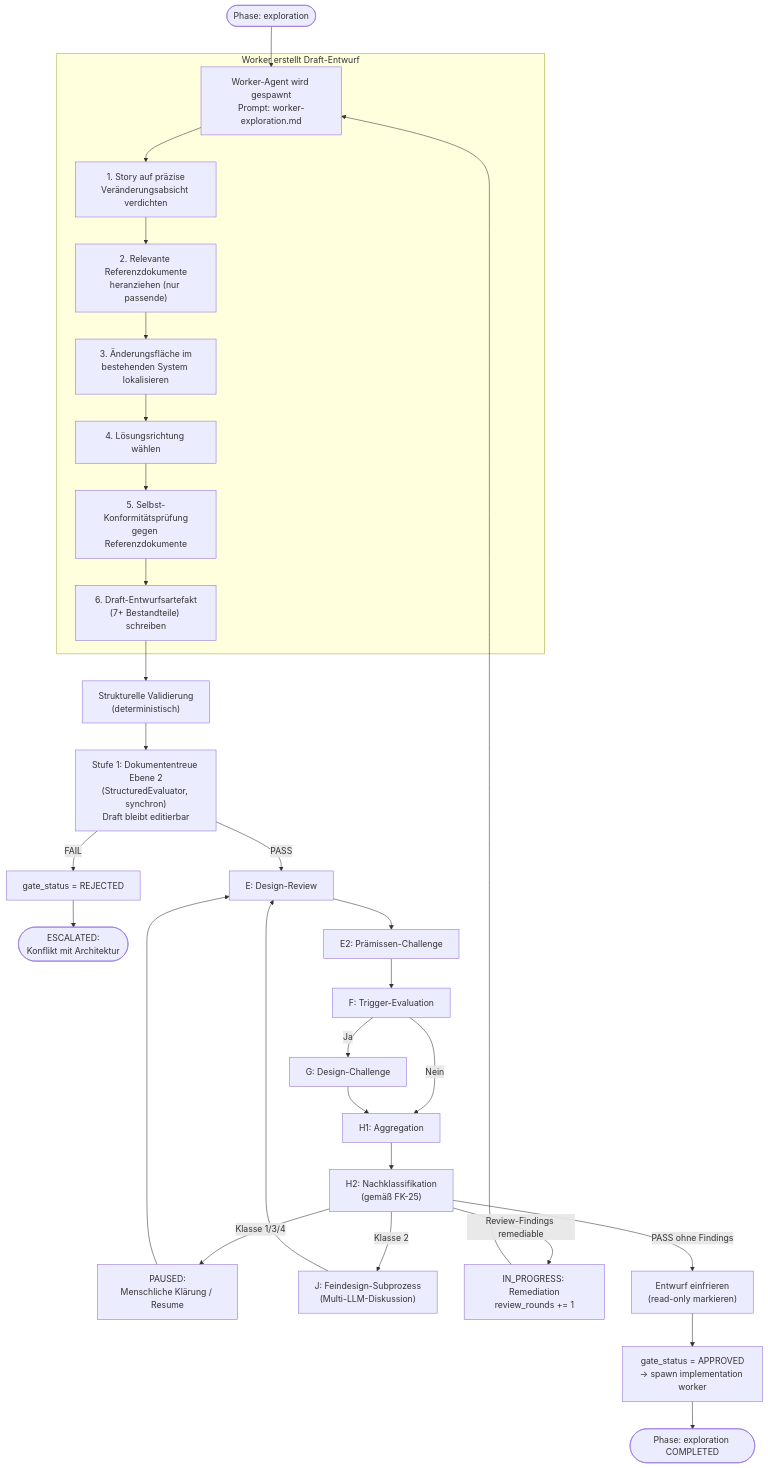
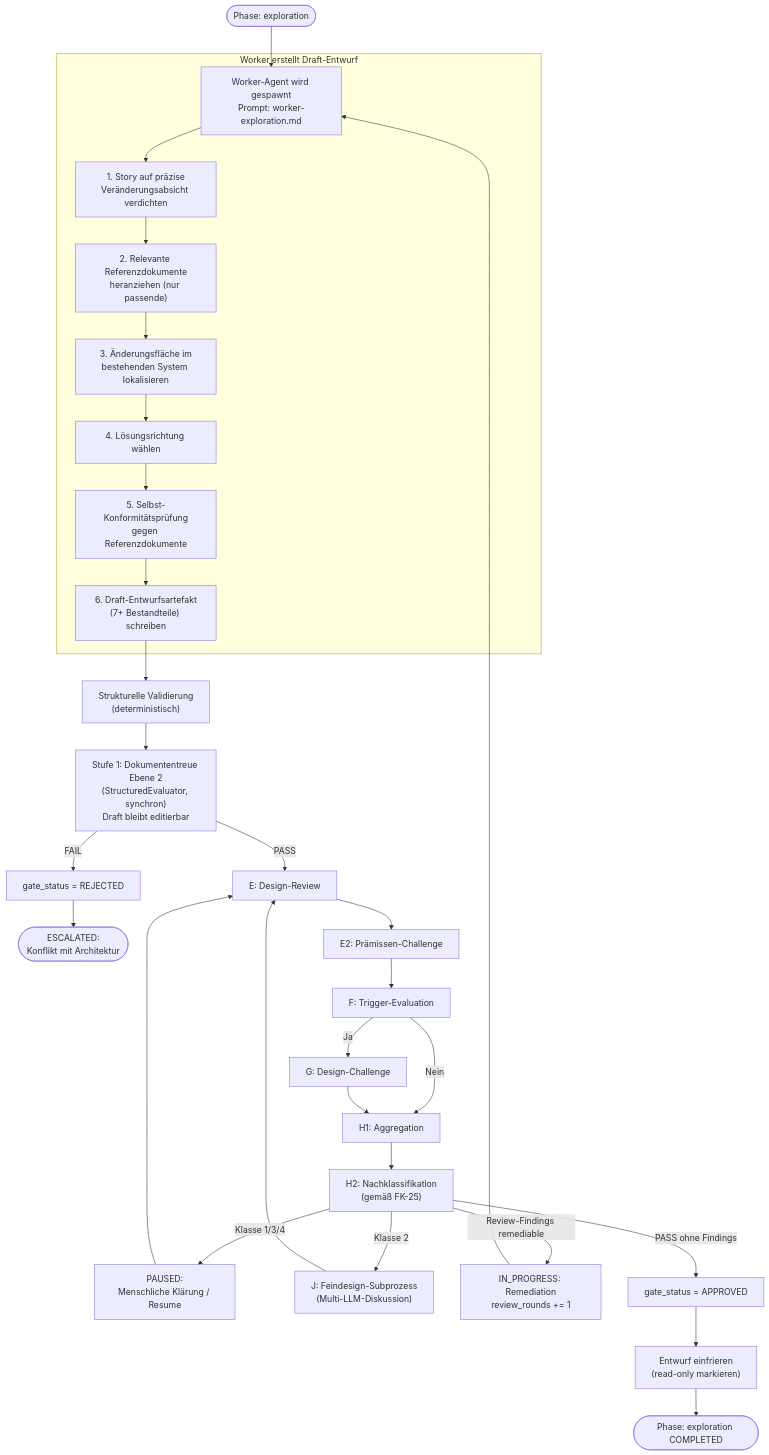
Before and after one commit to saltenhof/claude-agentkit3: the diagram in concept/technical-design/23_modusermittlung_exploration_change_frame.md, drawn with Mermaid. The commit also changed other lines of this file and 202 other files, not shown here.

First line of the commit message:
Complete BC architecture cut + boundary_modules + Phase D/E migration

````diff
--- a/concept/technical-design/23_modusermittlung_exploration_change_frame.md
+++ b/concept/technical-design/23_modusermittlung_exploration_change_frame.md
@@ -95,39 +165,39 @@
 ```mermaid
 flowchart TD
     START(["Phase: exploration"]) --> WORKER["Worker-Agent wird gespawnt<br/>Prompt: worker-exploration.md"]
 
     subgraph WORKER_ARBEIT ["Worker erstellt Draft-Entwurf"]
         WORKER --> VERDICHTEN["1. Story auf präzise<br/>Veränderungsabsicht verdichten"]
         VERDICHTEN --> REFERENZ["2. Relevante Referenzdokumente<br/>heranziehen (nur passende)"]
         REFERENZ --> LOKALISIEREN["3. Änderungsfläche im<br/>bestehenden System lokalisieren"]
         LOKALISIEREN --> RICHTUNG["4. Lösungsrichtung wählen"]
         RICHTUNG --> SELBST["5. Selbst-Konformitätsprüfung<br/>gegen Referenzdokumente"]
         SELBST --> SCHREIBEN["6. Draft-Entwurfsartefakt<br/>(7+ Bestandteile) schreiben"]
     end
 
     SCHREIBEN --> VALID["Strukturelle Validierung<br/>(deterministisch)"]
     VALID --> STUFE1["Stufe 1: Dokumententreue Ebene 2<br/>(StructuredEvaluator, synchron)<br/>Draft bleibt editierbar"]
 
     STUFE1 -->|FAIL| REJECT_GS1["gate_status = REJECTED"]
     REJECT_GS1 --> ESC1(["ESCALATED:<br/>Konflikt mit Architektur"])
 
     STUFE1 -->|PASS| REVIEW["E: Design-Review"]
     REVIEW --> PREMISE["E2: Prämissen-Challenge"]
     PREMISE --> TRIGGER["F: Trigger-Evaluation"]
     TRIGGER -->|Ja| CHALLENGE["G: Design-Challenge"]
     TRIGGER -->|Nein| H1["H1: Aggregation"]
     CHALLENGE --> H1
     H1 --> H2["H2: Nachklassifikation<br/>(gemäß FK-25)"]
 
     H2 -->|Klasse 1/3/4| HUMAN_PAUSE["PAUSED:<br/>Menschliche Klärung / Resume"]
     H2 -->|Klasse 2| FEINDESIGN["J: Feindesign-Subprozess<br/>(Multi-LLM-Diskussion)"]
     H2 -->|Review-Findings remediable| REMED["IN_PROGRESS: Remediation<br/>review_rounds += 1"]
-    H2 -->|PASS ohne Findings| FREEZE["Entwurf einfrieren<br/>(read-only markieren)"]
+    H2 -->|PASS ohne Findings| GATE_PASS["gate_status = APPROVED"]
 
     FEINDESIGN --> REVIEW
     REMED --> WORKER
     HUMAN_PAUSE --> REVIEW
 
-    FREEZE --> GATE_PASS["gate_status = APPROVED<br/>→ spawn implementation worker"]
-    GATE_PASS --> DONE(["Phase: exploration COMPLETED"])
+    GATE_PASS --> FREEZE["Entwurf einfrieren<br/>(read-only markieren)"]
+    FREEZE --> DONE(["Phase: exploration COMPLETED"])
 ```
````
